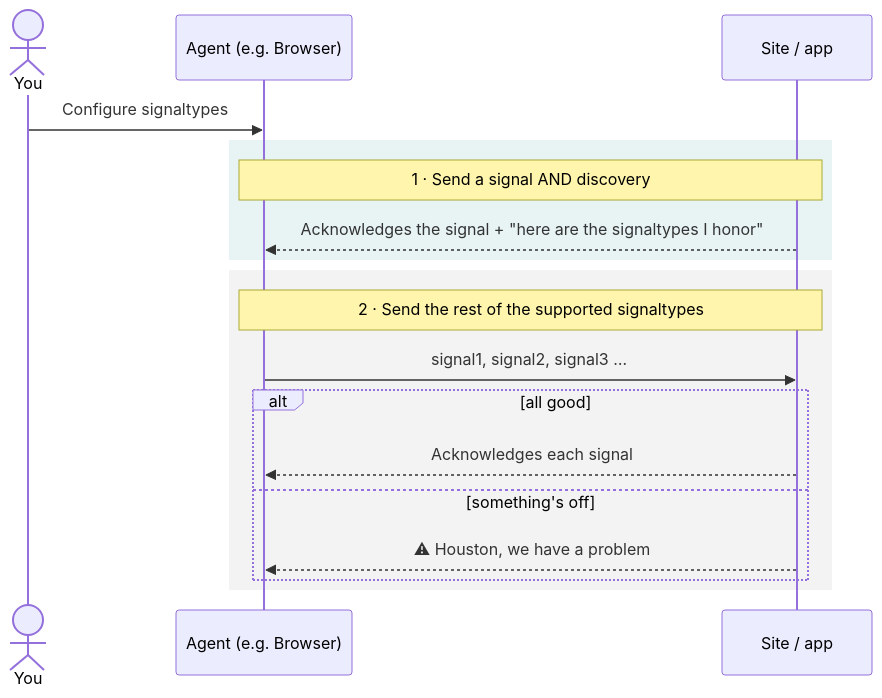
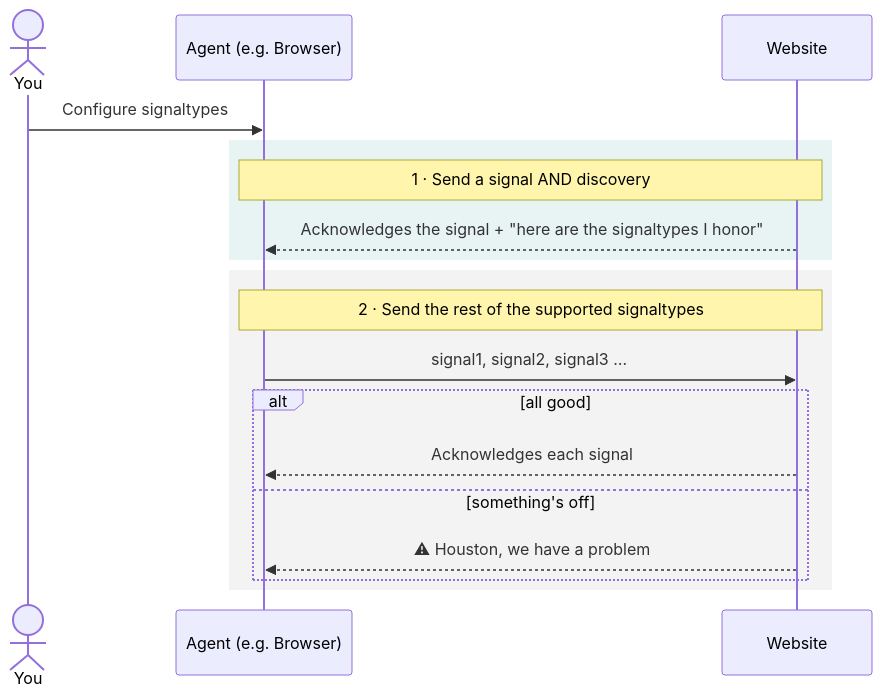
Before and after one commit to MeeFoundation/mysignals-website: the diagram in presentation/how-it-works.md, drawn with Mermaid.

Commit message:
Removed " / app"

````diff
--- a/presentation/how-it-works.md
+++ b/presentation/how-it-works.md
@@ -14,23 +14,23 @@
 ```mermaid
 sequenceDiagram
     actor U as You
     participant A as Agent (e.g. Browser)
-    participant S as Site / app
+    participant S as Website
 
     U->>A: Configure signaltypes
 
     rect rgb(232, 244, 244)
         Note over A,S: 1 · Send a signal AND discovery
         S-->>A: Acknowledges the signal + "here are the signaltypes I honor"
     end
 
     rect rgb(243, 243, 243)
         Note over A,S: 2 · Send the rest of the supported signaltypes
         A->>S: signal1, signal2, signal3 …
         alt all good
             S-->>A: Acknowledges each signal
         else something's off
             S-->>A: ⚠ Houston, we have a problem
         end
     end
 ```
````
